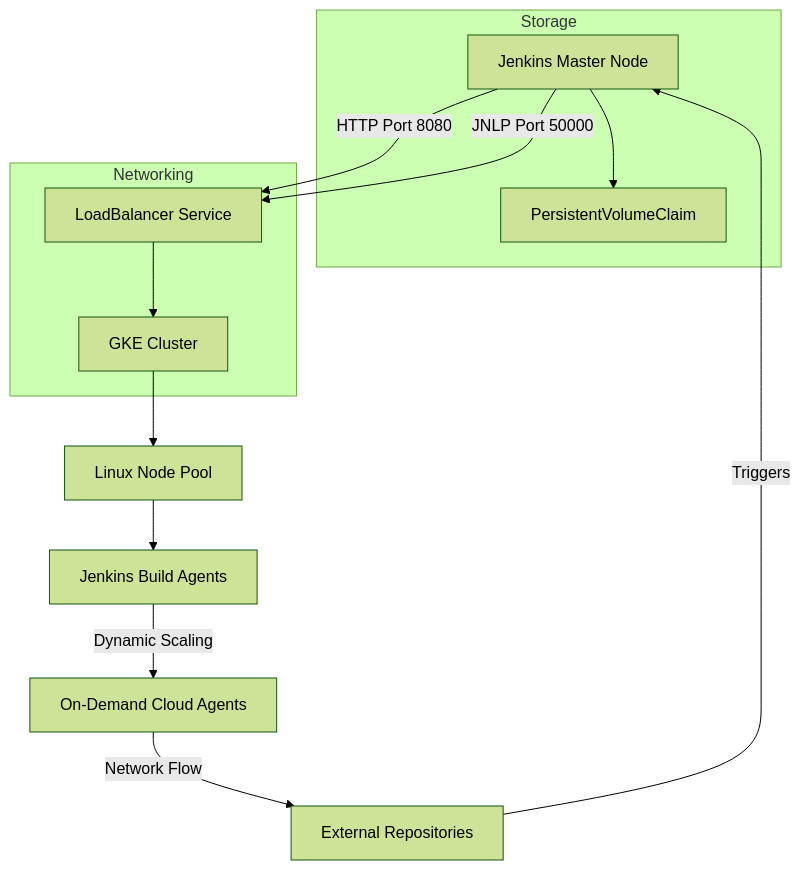
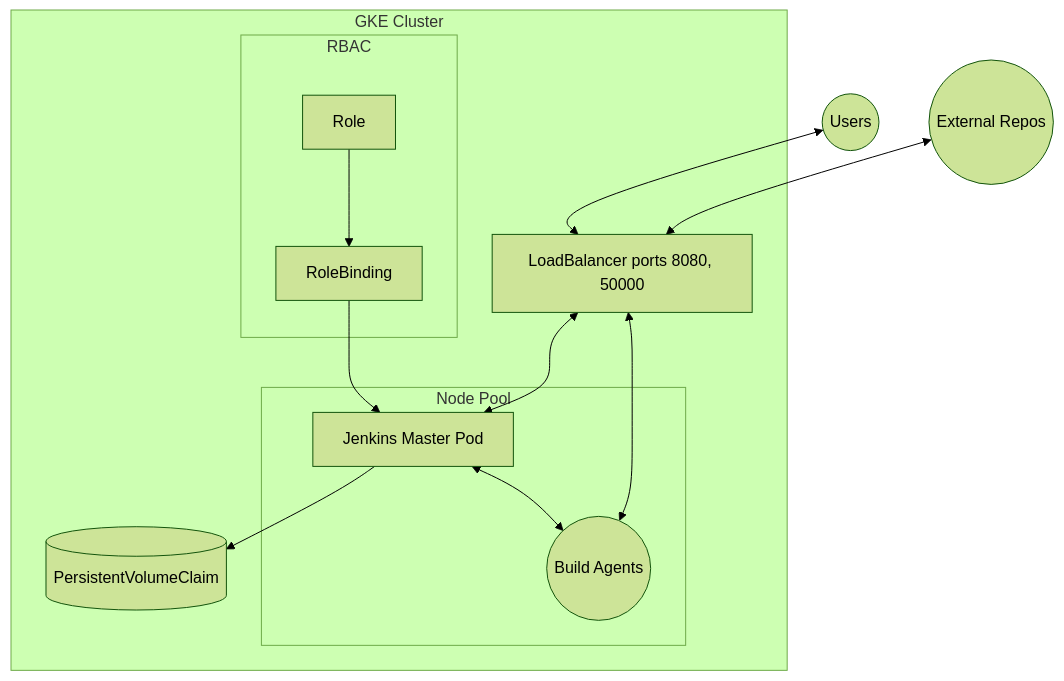
Before and after one commit to gtroshin/jenkins-gke: the diagram in docs/architecture.md, drawn with Mermaid (forest theme).

Commit message:
added mermaid

````diff
--- a/docs/architecture.md
+++ b/docs/architecture.md
@@ -26,18 +26,21 @@
 ```mermaid
-graph TD;
-A[Jenkins Master Node] -->|HTTP Port 8080| B[LoadBalancer Service]
-A -->|JNLP Port 50000| B
-B --> C[GKE Cluster]
-C --> D[Linux Node Pool]
-D --> E[Jenkins Build Agents]
-E -->|Dynamic Scaling| F[On-Demand Cloud Agents]
-F -->|Network Flow| G[External Repositories]
-G -->|Triggers| A
-subgraph Networking
-B
-C
-end
-subgraph Storage
-A --> H[PersistentVolumeClaim]
-end
+graph TD
+    Users((Users)) <--> LB
+    BA((Build Agents)) <--> LB
+    
+    subgraph GKECluster[GKE Cluster]
+        LB[LoadBalancer ports 8080, 50000] <--> JM[Jenkins Master Pod]
+        JM --> PVC[(PersistentVolumeClaim)]
+        
+        subgraph NodePool[Node Pool]
+            JM <--> BA
+        end
+        
+        subgraph RBACConfig[RBAC]
+            Role[Role] --> RoleBinding
+            RoleBinding --> JM
+        end
+    end
+    
+    Repos((External Repos)) <--> LB
 ```
````
